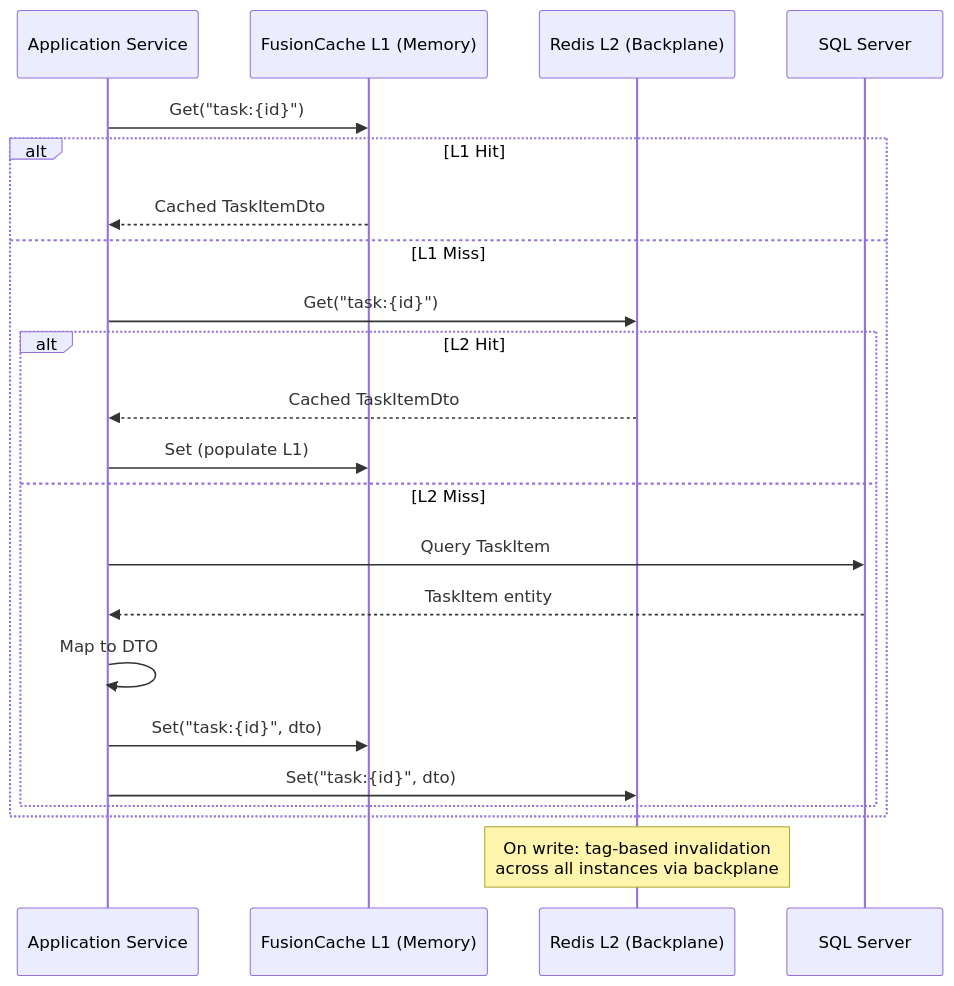
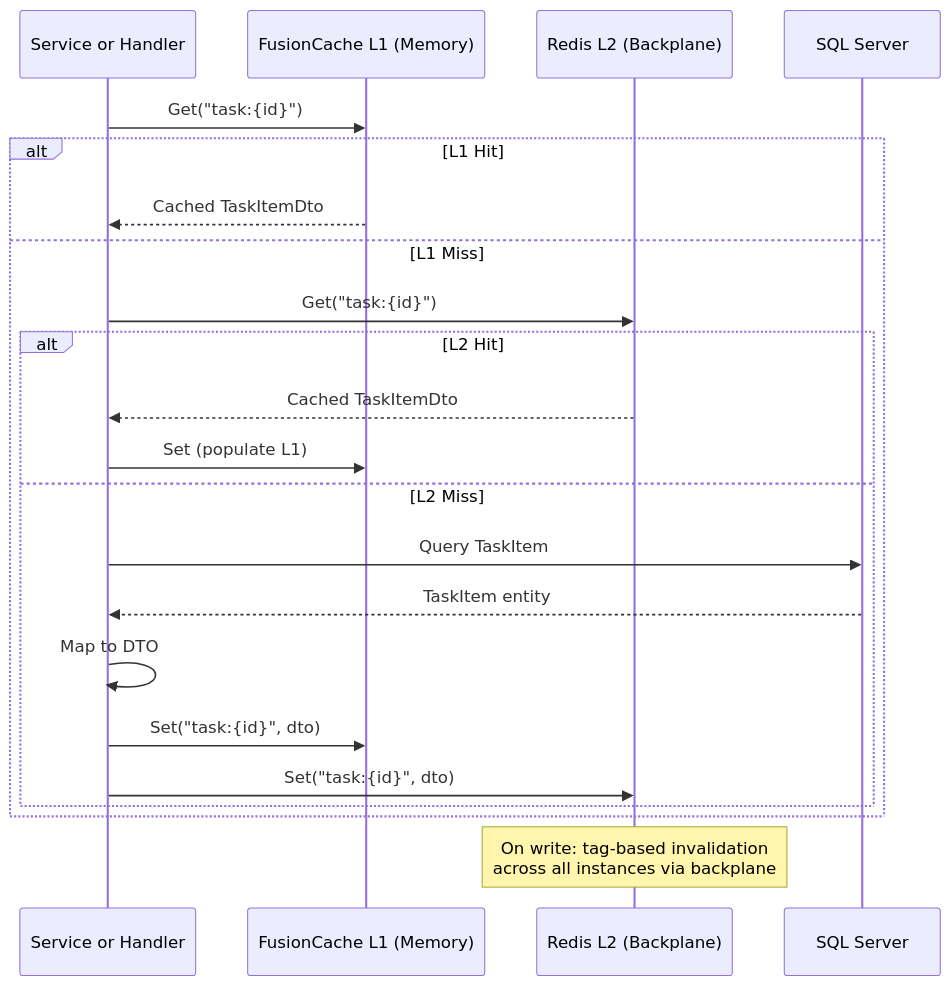
Before and after one commit to efreeman518/AI-Instructions-ReferenceApp: diagram 11 of 22 in docs/tech-design.md, drawn with Mermaid. The commit also changed other lines of this file and 199 other files, not shown here.

````diff
--- a/docs/tech-design.md
+++ b/docs/tech-design.md
@@ -518,26 +564,26 @@
 ```mermaid
 sequenceDiagram
-    participant SVC as Application Service
+    participant SVC as Service or Handler
     participant L1 as FusionCache L1 (Memory)
     participant L2 as Redis L2 (Backplane)
     participant DB as SQL Server
 
     SVC->>L1: Get("task:{id}")
     alt L1 Hit
         L1-->>SVC: Cached TaskItemDto
     else L1 Miss
         SVC->>L2: Get("task:{id}")
         alt L2 Hit
             L2-->>SVC: Cached TaskItemDto
             SVC->>L1: Set (populate L1)
         else L2 Miss
             SVC->>DB: Query TaskItem
             DB-->>SVC: TaskItem entity
             SVC->>SVC: Map to DTO
             SVC->>L1: Set("task:{id}", dto)
             SVC->>L2: Set("task:{id}", dto)
         end
     end
 
     Note over L2: On write: tag-based invalidation<br/>across all instances via backplane
 ```
````
